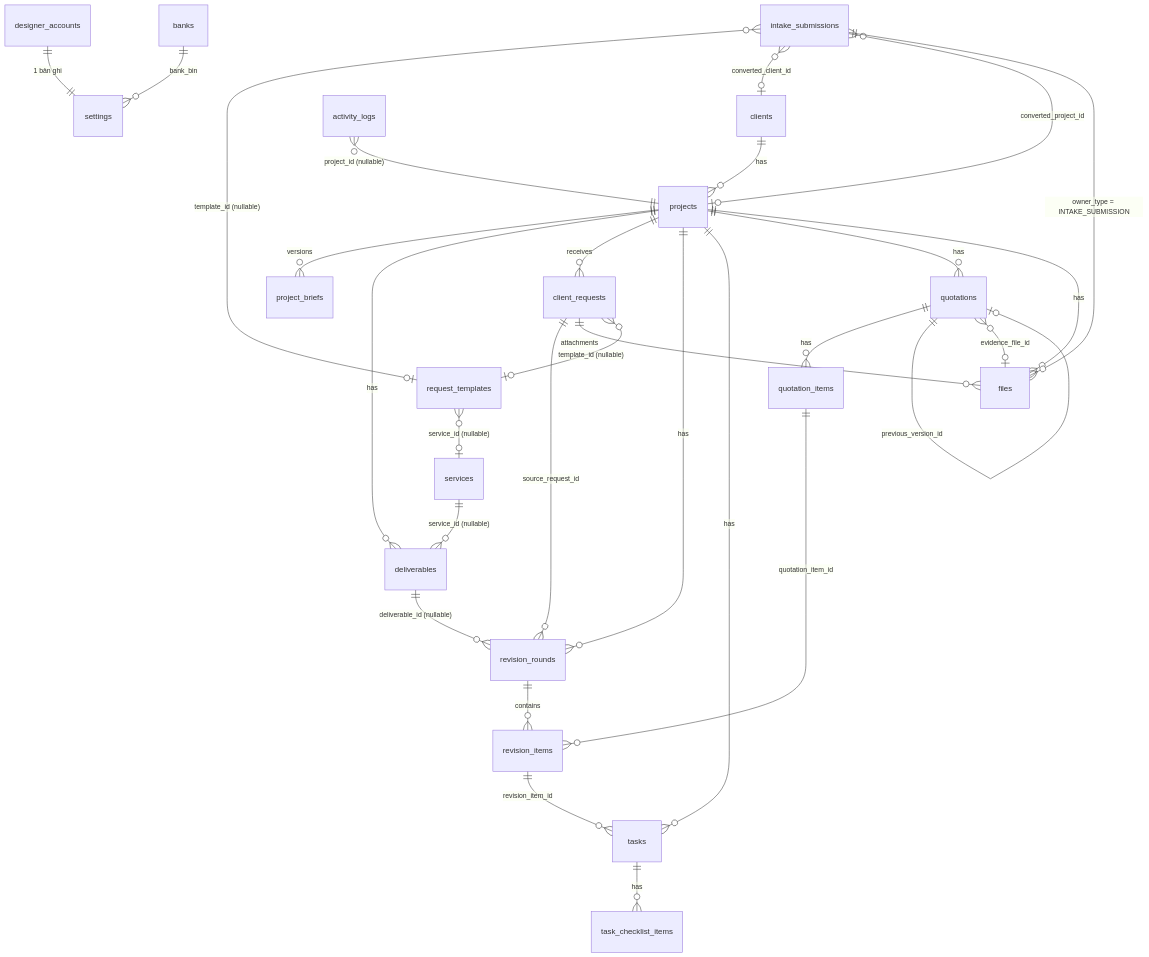
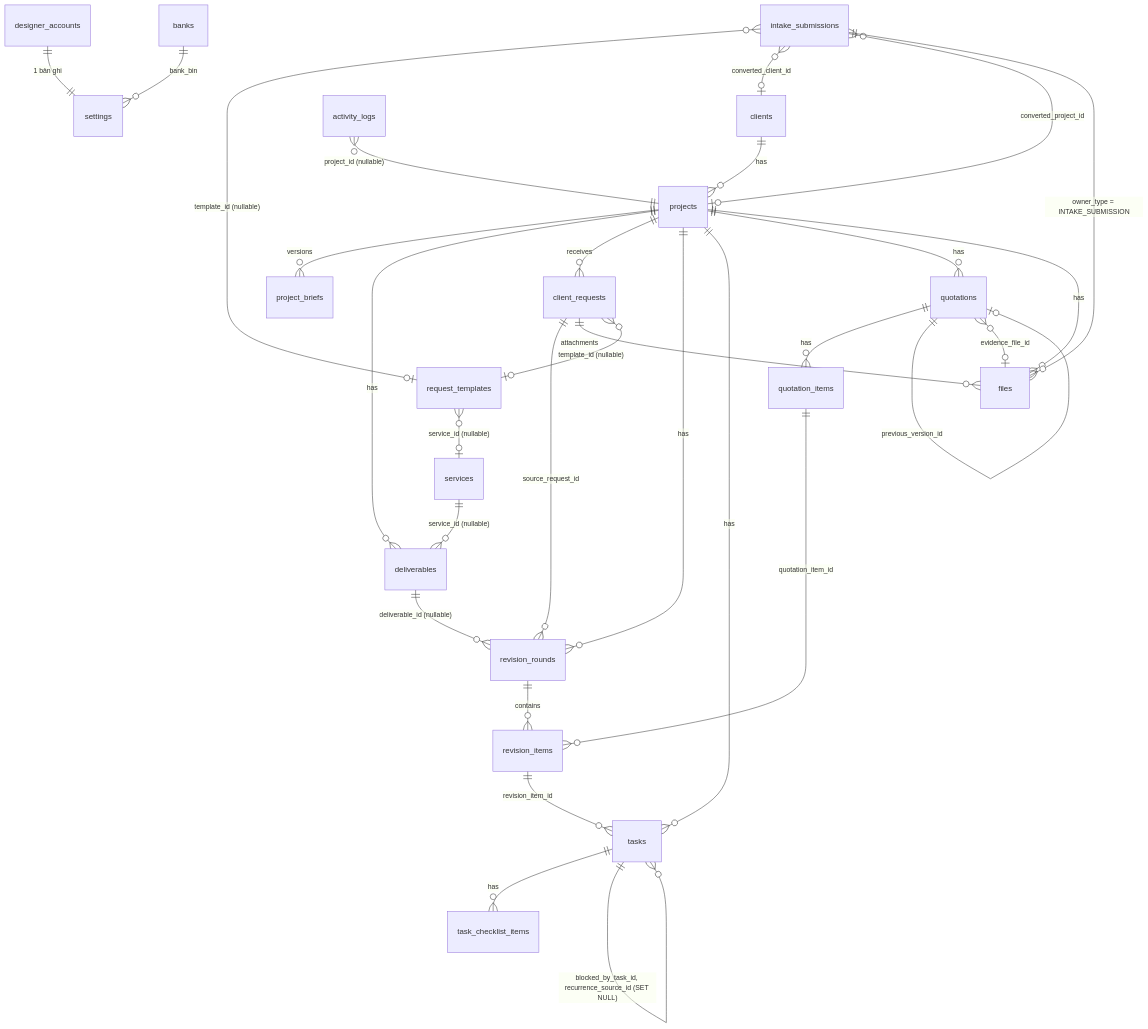
One commit to TPhog/ManageTaskDesign changed the diagram in docs/04-database-design.md. Above: the diagram before and after it, drawn with Mermaid. The commit also changed other lines of this file and 4 other files, not shown here.

````diff
--- a/docs/04-database-design.md
+++ b/docs/04-database-design.md
@@ -14,31 +14,32 @@
 ```mermaid
 erDiagram
     designer_accounts ||--|| settings : "1 bản ghi"
     banks ||--o{ settings : "bank_bin"
     services ||--o{ deliverables : "service_id (nullable)"
     clients ||--o{ projects : has
     projects ||--o{ project_briefs : versions
     projects ||--o{ deliverables : has
     projects ||--o{ client_requests : receives
     projects ||--o{ revision_rounds : has
     deliverables ||--o{ revision_rounds : "deliverable_id (nullable)"
     client_requests ||--o{ revision_rounds : "source_request_id"
     revision_rounds ||--o{ revision_items : contains
     quotation_items ||--o{ revision_items : "quotation_item_id"
     projects ||--o{ tasks : has
     revision_items ||--o{ tasks : "revision_item_id"
     tasks ||--o{ task_checklist_items : has
+    tasks ||--o{ tasks : "blocked_by_task_id, recurrence_source_id (SET NULL)"
     projects ||--o{ quotations : has
     quotations ||--o{ quotation_items : has
     quotations ||--o| quotations : "previous_version_id"
     projects ||--o{ files : has
     client_requests ||--o{ files : attachments
     request_templates }o--o| services : "service_id (nullable)"
     client_requests }o--o| request_templates : "template_id (nullable)"
     intake_submissions }o--o| request_templates : "template_id (nullable)"
     intake_submissions }o--o| clients : "converted_client_id"
     intake_submissions }o--o| projects : "converted_project_id"
     intake_submissions ||--o{ files : "owner_type = INTAKE_SUBMISSION"
     quotations }o--o| files : "evidence_file_id"
     activity_logs }o--|| projects : "project_id (nullable)"
 ```
````
